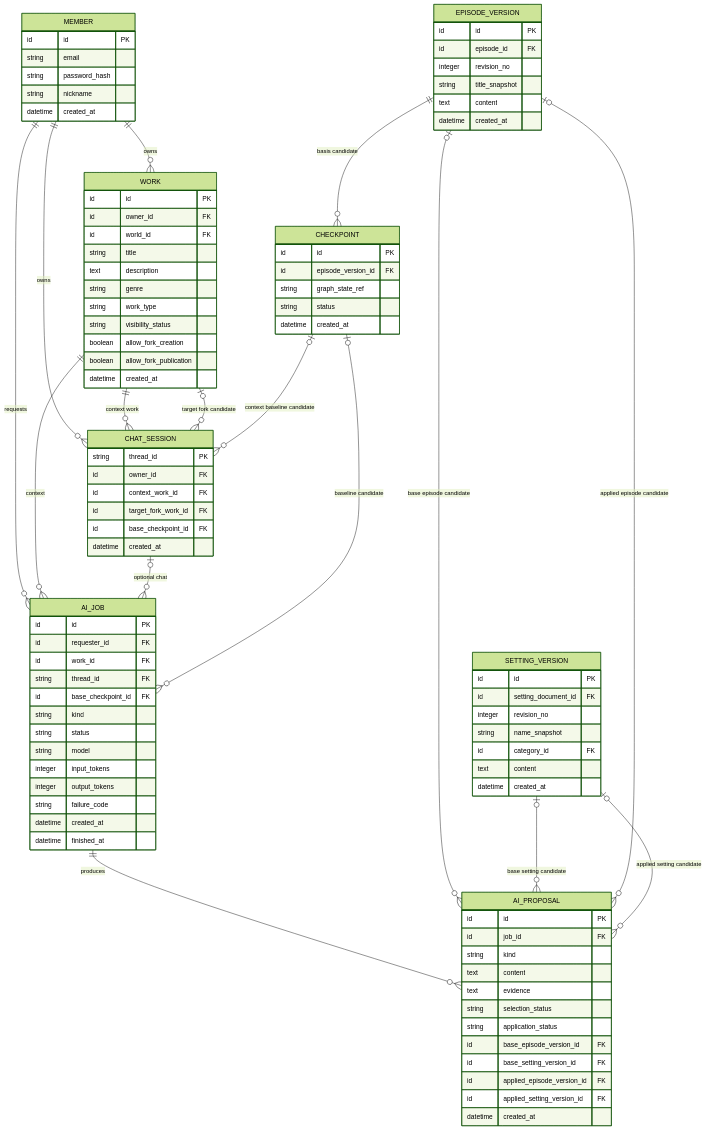
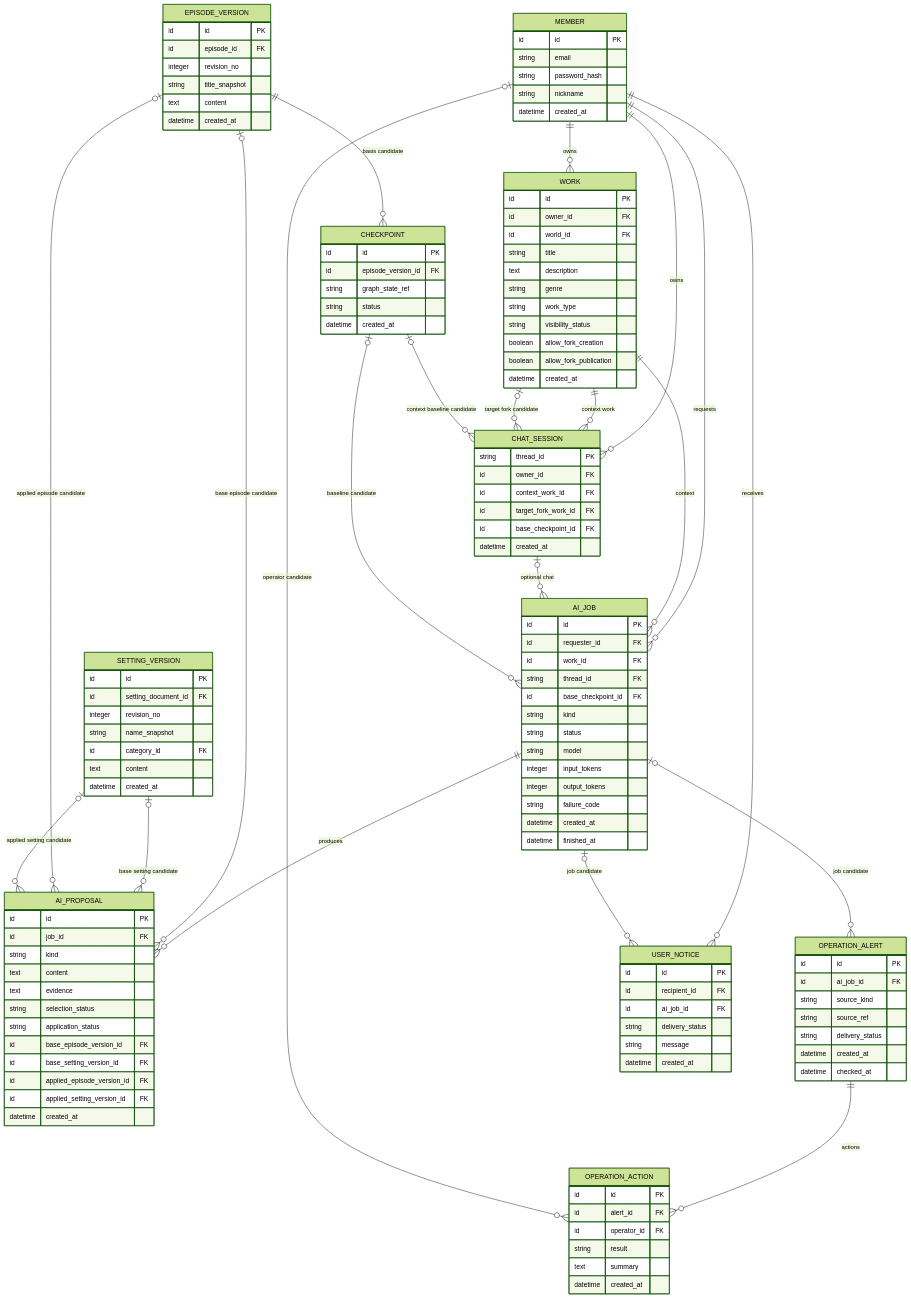
The diagram in docs/design/erd/core/ai-work.md (SKNETWORKS-FAMILY-AICAMP/SKN34-FINAL-4TEAM), drawn with Mermaid (forest theme) before and after one commit. The commit also changed other lines of this file and 6 other files, not shown here.

````diff
--- a/docs/design/erd/core/ai-work.md
+++ b/docs/design/erd/core/ai-work.md
@@ -19,6 +19,11 @@
     CHAT_SESSION o|--o{ AI_JOB : "optional chat"
     CHECKPOINT o|--o{ AI_JOB : "baseline candidate"
     AI_JOB ||--o{ AI_PROPOSAL : produces
+    AI_JOB o|--o{ OPERATION_ALERT : "job candidate"
+    OPERATION_ALERT ||--o{ OPERATION_ACTION : actions
+    MEMBER o|--o{ OPERATION_ACTION : "operator candidate"
+    MEMBER ||--o{ USER_NOTICE : receives
+    AI_JOB o|--o{ USER_NOTICE : "job candidate"
     EPISODE_VERSION o|--o{ AI_PROPOSAL : "base episode candidate"
     SETTING_VERSION o|--o{ AI_PROPOSAL : "base setting candidate"
     EPISODE_VERSION o|--o{ AI_PROPOSAL : "applied episode candidate"
@@ -105,4 +110,29 @@
         id applied_setting_version_id FK
         datetime created_at
     }
+    OPERATION_ALERT {
+        id id PK
+        id ai_job_id FK
+        string source_kind
+        string source_ref
+        string delivery_status
+        datetime created_at
+        datetime checked_at
+    }
+    OPERATION_ACTION {
+        id id PK
+        id alert_id FK
+        id operator_id FK
+        string result
+        text summary
+        datetime created_at
+    }
+    USER_NOTICE {
+        id id PK
+        id recipient_id FK
+        id ai_job_id FK
+        string delivery_status
+        string message
+        datetime created_at
+    }
 ```
````
